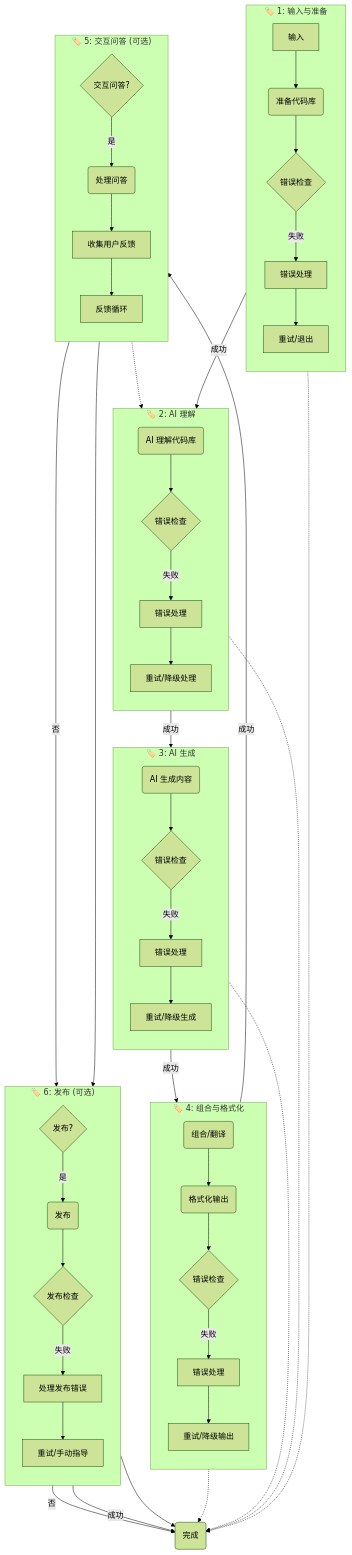
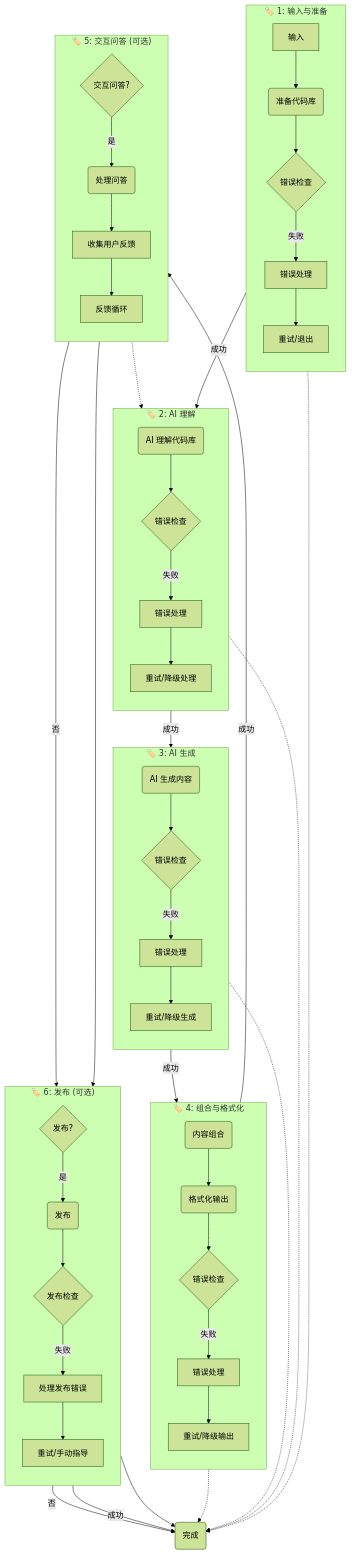
The first of 14 diagrams in docs/design.md (lws2004/codebase-knowledge-builder), drawn with Mermaid (forest theme) before and after one commit. The commit also changed other lines of this file and 79 other files, not shown here.

````diff
--- a/docs/design.md
+++ b/docs/design.md
@@ -91,71 +91,71 @@
 ```mermaid
 flowchart TD
     subgraph Stage1 ["🏷️ 1: 输入与准备"]
         direction TB
         Input["输入"] --> Prep("准备代码库");
         Prep --> ErrorCheck1{"错误检查"};
         ErrorCheck1 -- 失败 --> HandleError1["错误处理"];
         HandleError1 --> Retry1["重试/退出"];
     end
 
     subgraph Stage2 ["🏷️ 2: AI 理解"]
         direction TB
         Understand("AI 理解代码库");
         Understand --> ErrorCheck2{"错误检查"};
         ErrorCheck2 -- 失败 --> HandleError2["错误处理"];
         HandleError2 --> Retry2["重试/降级处理"];
     end
 
     subgraph Stage3 ["🏷️ 3: AI 生成"]
         direction TB
         Generate("AI 生成内容");
         Generate --> ErrorCheck3{"错误检查"};
         ErrorCheck3 -- 失败 --> HandleError3["错误处理"];
         HandleError3 --> Retry3["重试/降级生成"];
     end
 
     subgraph Stage4 ["🏷️ 4: 组合与格式化"]
         direction TB
-        Combine("组合/翻译") --> Format("格式化输出");
+        Combine("内容组合") --> Format("格式化输出");
         Format --> ErrorCheck4{"错误检查"};
         ErrorCheck4 -- 失败 --> HandleError4["错误处理"];
         HandleError4 --> Retry4["重试/降级输出"];
     end
 
     subgraph Stage5 ["🏷️ 5: 交互问答 (可选)"]
         direction TB
         OptionalQA{"交互问答?"};
         QA("处理问答");
         OptionalQA -- 是 --> QA;
         QA --> UserFeedback["收集用户反馈"];
         UserFeedback --> FeedbackLoop["反馈循环"];
         FeedbackLoop -.-> Understand;
     end
 
     subgraph Stage6 ["🏷️ 6: 发布 (可选)"]
         direction TB
         CheckPublish{"发布?"};
         DoPublish("发布");
         CheckPublish -- 是 --> DoPublish;
         DoPublish --> PublishCheck{"发布检查"};
         PublishCheck -- 失败 --> HandlePublishError["处理发布错误"];
         HandlePublishError --> RetryPublish["重试/手动指导"];
     end
 
     Done(完成);
 
     %% 连接各个阶段
     ErrorCheck1 -- 成功 --> Understand;
     ErrorCheck2 -- 成功 --> Generate;
     ErrorCheck3 -- 成功 --> Combine;
     ErrorCheck4 -- 成功 --> OptionalQA;
     OptionalQA -- 否 --> CheckPublish;
     QA --> CheckPublish;
     CheckPublish -- 否 --> Done;
     PublishCheck -- 成功 --> Done;
     RetryPublish --> Done;
     Retry1 -.-> Done;
     Retry2 -.-> Done;
     Retry3 -.-> Done;
     Retry4 -.-> Done;
 ```
````
